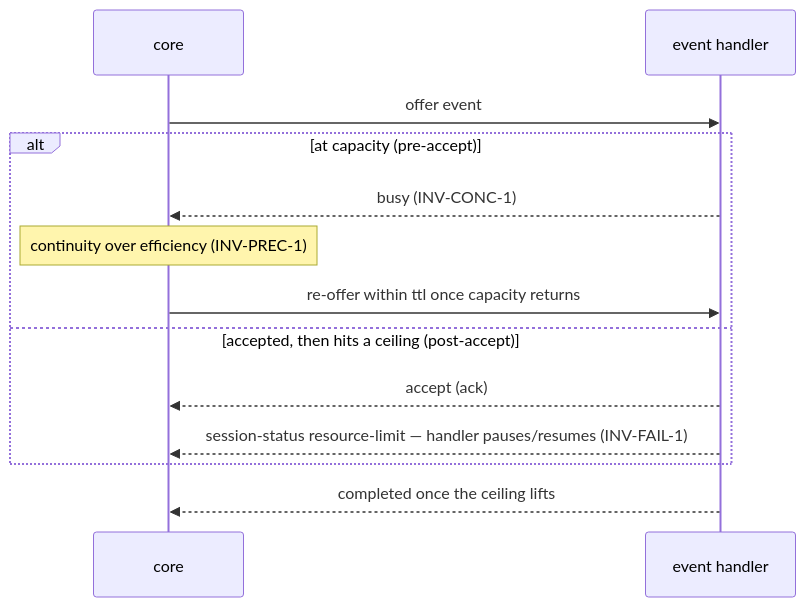
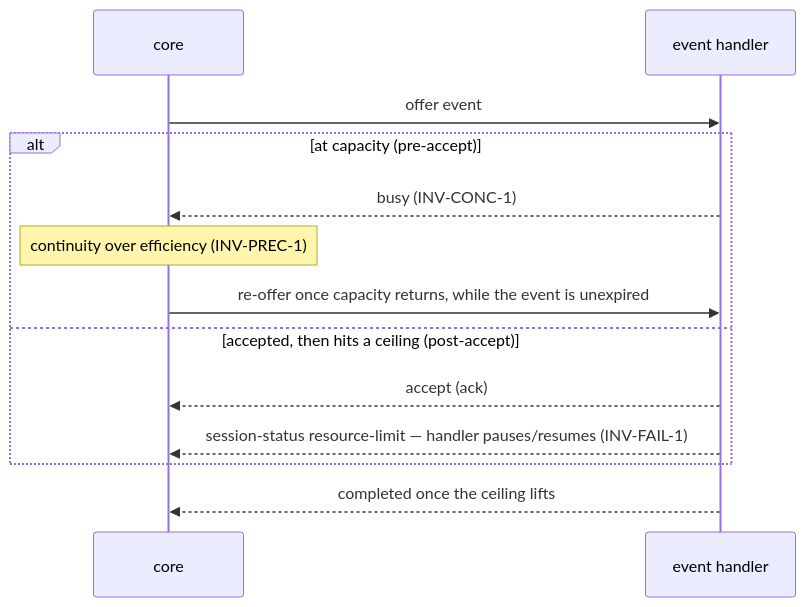
The ninth of 13 diagrams in packages/pr-pool/docs/behavior/journeys.md (phillipgreenii/nix-agent-support), drawn with Mermaid before and after one commit. The commit also changed other lines of this file and 11 other files, not shown here.

````diff
--- a/packages/pr-pool/docs/behavior/journeys.md
+++ b/packages/pr-pool/docs/behavior/journeys.md
@@ -375,15 +377,15 @@
 ```mermaid
 sequenceDiagram
     participant CORE as core
     participant HDL as event handler
     CORE->>HDL: offer event
     alt at capacity (pre-accept)
         HDL-->>CORE: busy (INV-CONC-1)
         Note over CORE: continuity over efficiency (INV-PREC-1)
-        CORE->>HDL: re-offer within ttl once capacity returns
+        CORE->>HDL: re-offer once capacity returns, while the event is unexpired
     else accepted, then hits a ceiling (post-accept)
         HDL-->>CORE: accept (ack)
         HDL-->>CORE: session-status resource-limit — handler pauses/resumes (INV-FAIL-1)
     end
     HDL-->>CORE: completed once the ceiling lifts
 ```
````
